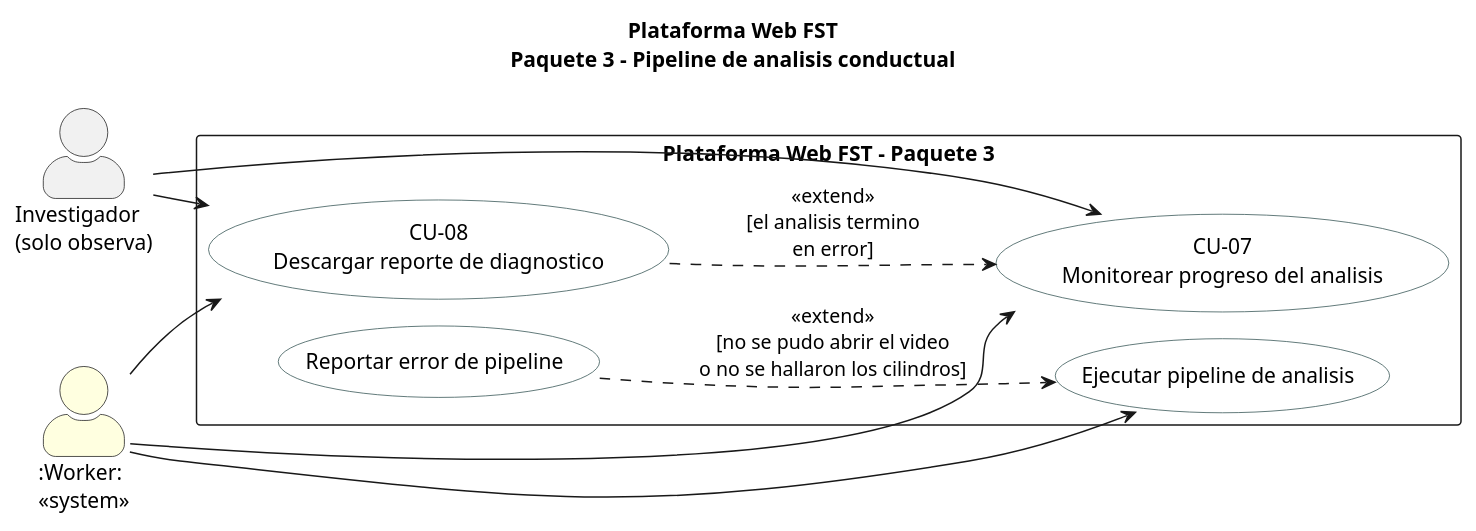
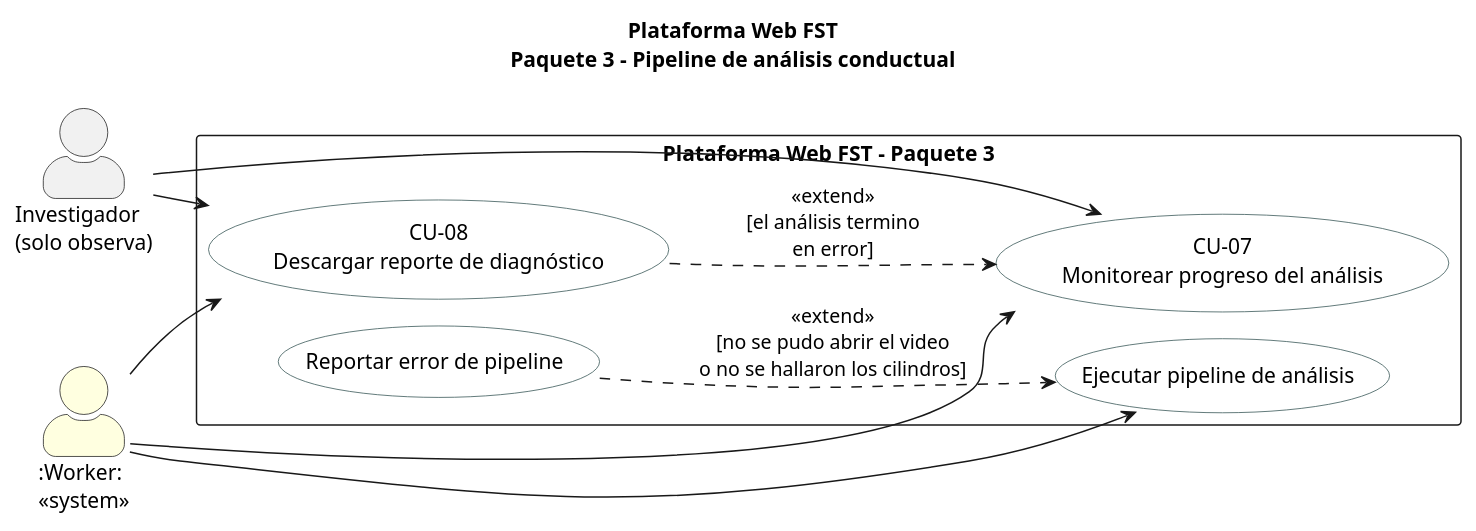
One commit to ErickJester/fst-ai-system-latex changed the diagram in diagramas/puml/cu_paquete3.puml. Above: the diagram before and after it, drawn with PlantUML. The commit also changed 25 other files, not shown here.

```diff
--- a/diagramas/puml/cu_paquete3.puml
+++ b/diagramas/puml/cu_paquete3.puml
@@ -1,26 +1,26 @@
 @startuml
 !pragma layout smetana
-title Plataforma Web FST\nPaquete 3 - Pipeline de analisis conductual
+title Plataforma Web FST\nPaquete 3 - Pipeline de análisis conductual
 left to right direction
 skinparam packageStyle rectangle
 skinparam actorStyle awesome
 skinparam usecase {
   BackgroundColor White
   BorderColor DarkSlateGray
 }
 actor "Investigador\n(solo observa)" as INV
 actor ":Worker:\n<<system>>" as WRK #LightYellow
 rectangle "Plataforma Web FST - Paquete 3" {
-  usecase "Ejecutar pipeline de analisis" as UC30
+  usecase "Ejecutar pipeline de análisis" as UC30
   usecase "Reportar error de pipeline" as UC36
-  usecase "CU-07\nMonitorear progreso del analisis" as CU07
-  usecase "CU-08\nDescargar reporte de diagnostico" as CU08
+  usecase "CU-07\nMonitorear progreso del análisis" as CU07
+  usecase "CU-08\nDescargar reporte de diagnóstico" as CU08
 }
 WRK --> UC30
 INV --> CU07
 INV --> CU08
 WRK --> CU07
 WRK --> CU08
 UC36 ..> UC30 : <<extend>>\n[no se pudo abrir el video\no no se hallaron los cilindros]
-CU08 ..> CU07 : <<extend>>\n[el analisis termino\nen error]
+CU08 ..> CU07 : <<extend>>\n[el análisis termino\nen error]
 @enduml
```
